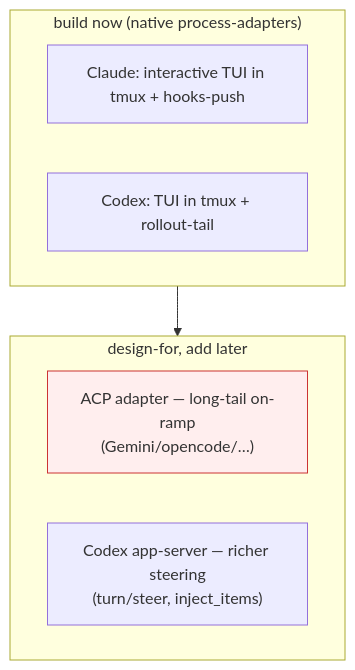
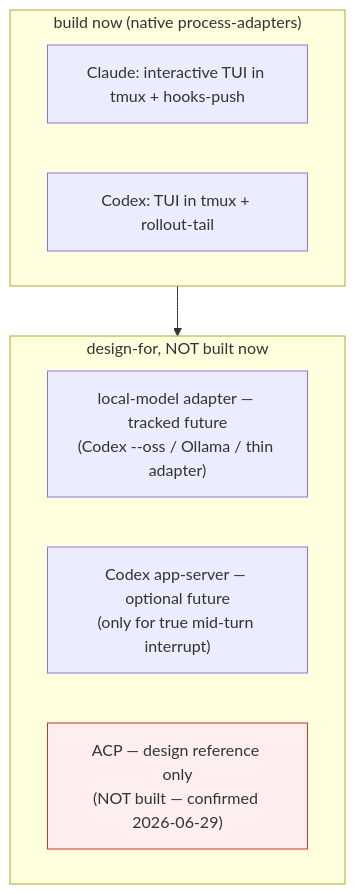
Before and after one commit to PeiAllen/claude-kanban: the seventh of 7 diagrams in notes/designs/agent-provider-interface.md, drawn with Mermaid. The commit also changed other lines of this file, not shown here.

First line of the commit message:
docs(designs): fold in seam decisions — no ACP adapter, inbox-unified steering, weak-RO badge

````diff
--- a/notes/designs/agent-provider-interface.md
+++ b/notes/designs/agent-provider-interface.md
@@ -347,14 +367,15 @@
 ```mermaid
 flowchart TB
     subgraph Now["build now (native process-adapters)"]
       C["Claude: interactive TUI in tmux + hooks-push"]
       X["Codex: TUI in tmux + rollout-tail"]
     end
-    subgraph Later["design-for, add later"]
-      ACP["ACP adapter — long-tail on-ramp<br/>(Gemini/opencode/…)"]
-      AS["Codex app-server — richer steering<br/>(turn/steer, inject_items)"]
+    subgraph Later["design-for, NOT built now"]
+      Local["local-model adapter — tracked future<br/>(Codex --oss / Ollama / thin adapter)"]
+      AS["Codex app-server — optional future<br/>(only for true mid-turn interrupt)"]
+      ACP["ACP — design reference only<br/>(NOT built — confirmed 2026-06-29)"]
     end
     Now --> Later
     classDef warn fill:#fee,stroke:#c33;
     class ACP warn
 ```
````
